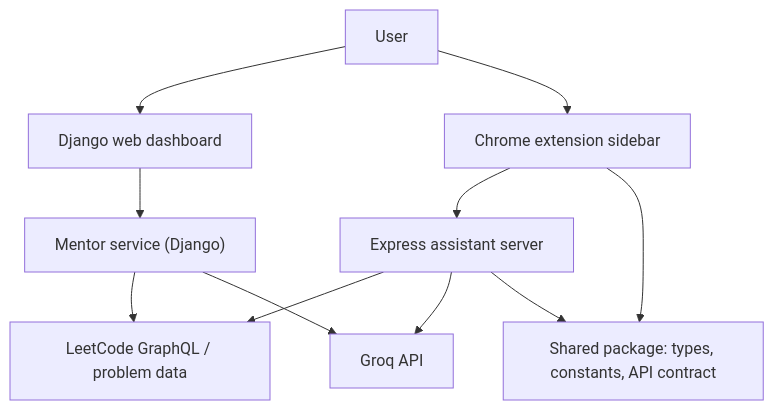
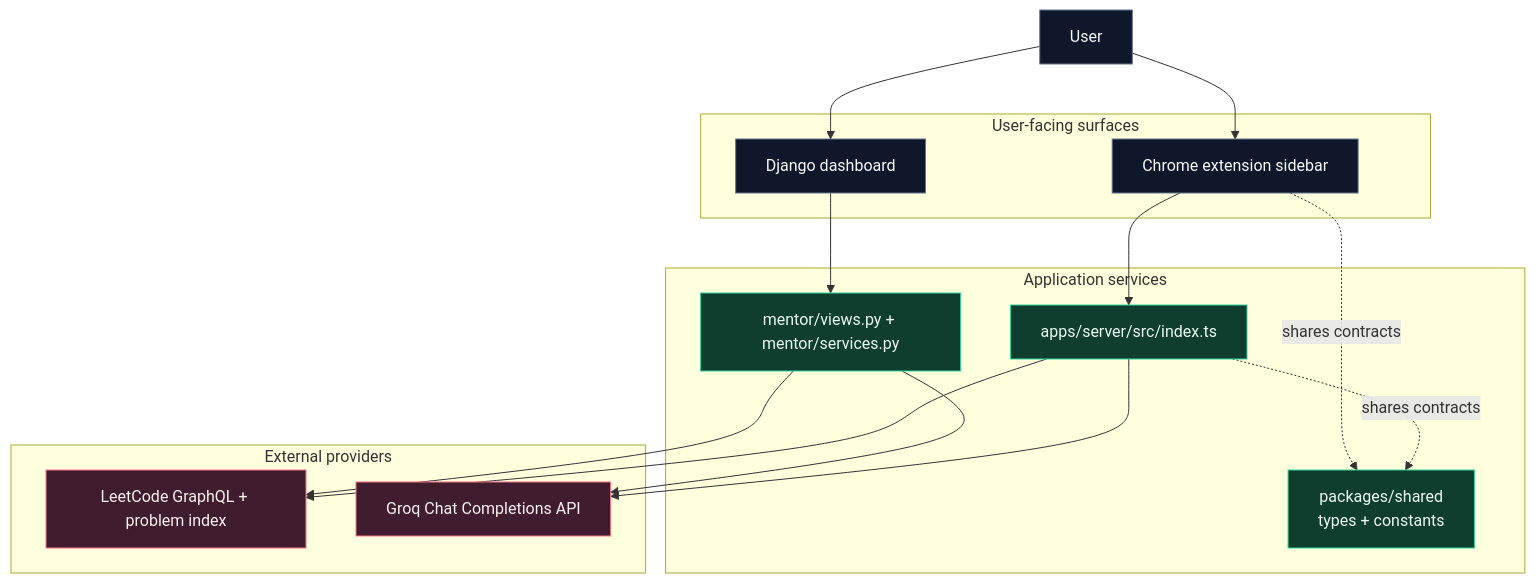
One commit to Harshpreet1729/LeetMentor changed the third of 8 diagrams in README.md. Above: the diagram before and after it, drawn with Mermaid. The commit also changed other lines of this file, not shown here.

Commit message:
Redesign README with architecture diagrams

````diff
--- a/README.md
+++ b/README.md
@@ -138,17 +122,40 @@
 ```mermaid
 flowchart TB
-    U["User"] --> W["Django web dashboard"]
-    U --> X["Chrome extension sidebar"]
+    U["User"]
 
-    W --> M["Mentor service (Django)"]
-    X --> S["Express assistant server"]
+    subgraph Surface["User-facing surfaces"]
+        W["Django dashboard"]
+        X["Chrome extension sidebar"]
+    end
 
-    M --> L["LeetCode GraphQL / problem data"]
+    subgraph Services["Application services"]
+        M["mentor/views.py + mentor/services.py"]
+        S["apps/server/src/index.ts"]
+        P["packages/shared<br/>types + constants"]
+    end
+
+    subgraph External["External providers"]
+        L["LeetCode GraphQL + problem index"]
+        G["Groq Chat Completions API"]
+    end
+
+    U --> W
+    U --> X
+
+    W --> M
+    X --> S
+    X -. shares contracts .-> P
+    S -. shares contracts .-> P
+
+    M --> L
+    M --> G
     S --> L
-
-    M --> G["Groq API"]
     S --> G
 
-    X --> P["Shared package: types, constants, API contract"]
-    S --> P
+    classDef surface fill:#0f172a,stroke:#64748b,color:#f8fafc;
+    classDef service fill:#0f3d2e,stroke:#34d399,color:#ecfdf5;
+    classDef external fill:#3f1d2e,stroke:#fb7185,color:#fff1f2;
+    class U,W,X surface;
+    class M,S,P service;
+    class L,G external;
 ```
````
